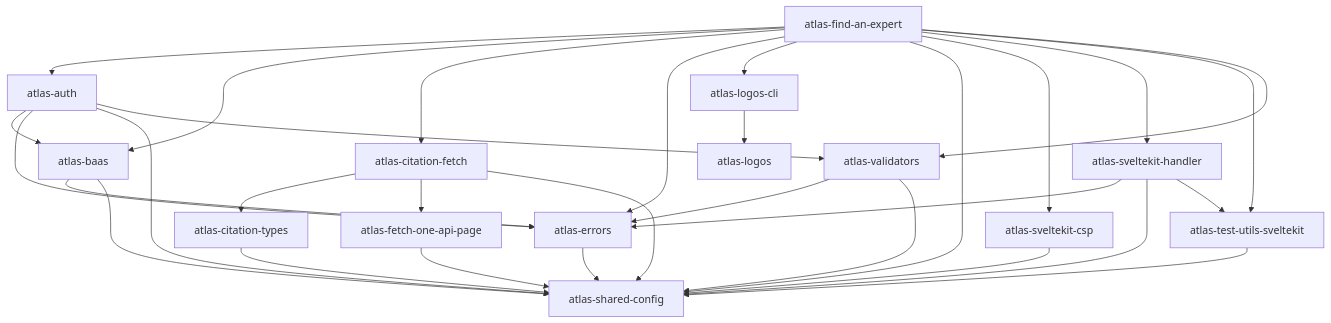
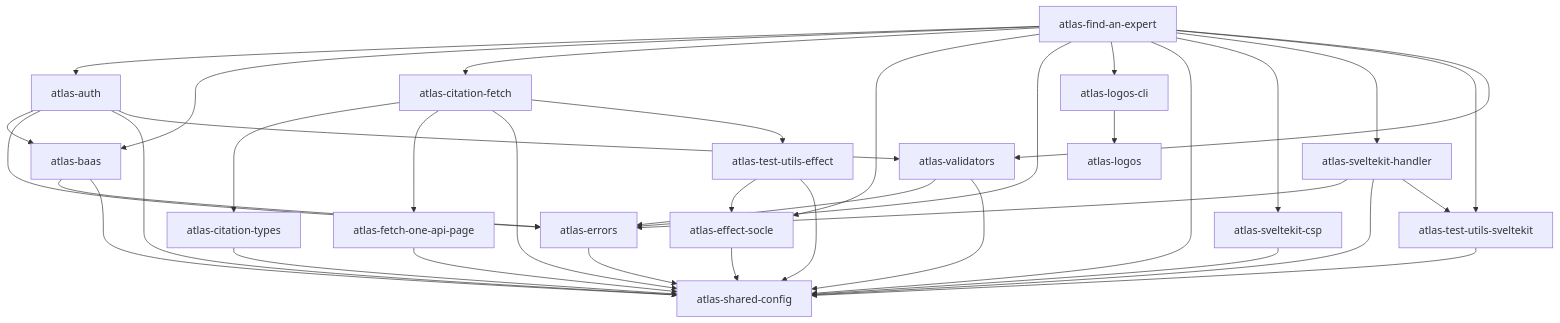
Before and after one commit to univ-lehavre/atlas: the fifth of 19 diagrams in docs/src/content/docs/architecture/packages.md, drawn with Mermaid. The commit also changed other lines of this file and 139 other files, not shown here.

First line of the commit message:
feat: socle Effect — résorption complète (E1–E14) (#348)

````diff
--- a/docs/src/content/docs/architecture/packages.md
+++ b/docs/src/content/docs/architecture/packages.md
@@ -287,47 +289,54 @@
 ```mermaid
 flowchart TD
   _univ_lehavre_atlas_auth["atlas-auth"]
   _univ_lehavre_atlas_baas["atlas-baas"]
   _univ_lehavre_atlas_citation_fetch["atlas-citation-fetch"]
   _univ_lehavre_atlas_citation_types["atlas-citation-types"]
+  _univ_lehavre_atlas_effect_socle["atlas-effect-socle"]
   _univ_lehavre_atlas_errors["atlas-errors"]
   _univ_lehavre_atlas_fetch_one_api_page["atlas-fetch-one-api-page"]
   _univ_lehavre_atlas_find_an_expert["atlas-find-an-expert"]
   _univ_lehavre_atlas_logos["atlas-logos"]
   _univ_lehavre_atlas_logos_cli["atlas-logos-cli"]
   _univ_lehavre_atlas_shared_config["atlas-shared-config"]
   _univ_lehavre_atlas_sveltekit_csp["atlas-sveltekit-csp"]
   _univ_lehavre_atlas_sveltekit_handler["atlas-sveltekit-handler"]
+  _univ_lehavre_atlas_test_utils_effect["atlas-test-utils-effect"]
   _univ_lehavre_atlas_test_utils_sveltekit["atlas-test-utils-sveltekit"]
   _univ_lehavre_atlas_validators["atlas-validators"]
   _univ_lehavre_atlas_auth --> _univ_lehavre_atlas_baas
   _univ_lehavre_atlas_auth --> _univ_lehavre_atlas_errors
   _univ_lehavre_atlas_auth --> _univ_lehavre_atlas_shared_config
   _univ_lehavre_atlas_auth --> _univ_lehavre_atlas_validators
   _univ_lehavre_atlas_baas --> _univ_lehavre_atlas_errors
   _univ_lehavre_atlas_baas --> _univ_lehavre_atlas_shared_config
   _univ_lehavre_atlas_citation_fetch --> _univ_lehavre_atlas_citation_types
   _univ_lehavre_atlas_citation_fetch --> _univ_lehavre_atlas_fetch_one_api_page
   _univ_lehavre_atlas_citation_fetch --> _univ_lehavre_atlas_shared_config
+  _univ_lehavre_atlas_citation_fetch --> _univ_lehavre_atlas_test_utils_effect
   _univ_lehavre_atlas_citation_types --> _univ_lehavre_atlas_shared_config
+  _univ_lehavre_atlas_effect_socle --> _univ_lehavre_atlas_shared_config
   _univ_lehavre_atlas_errors --> _univ_lehavre_atlas_shared_config
   _univ_lehavre_atlas_fetch_one_api_page --> _univ_lehavre_atlas_shared_config
   _univ_lehavre_atlas_find_an_expert --> _univ_lehavre_atlas_auth
   _univ_lehavre_atlas_find_an_expert --> _univ_lehavre_atlas_baas
   _univ_lehavre_atlas_find_an_expert --> _univ_lehavre_atlas_citation_fetch
+  _univ_lehavre_atlas_find_an_expert --> _univ_lehavre_atlas_effect_socle
   _univ_lehavre_atlas_find_an_expert --> _univ_lehavre_atlas_errors
   _univ_lehavre_atlas_find_an_expert --> _univ_lehavre_atlas_logos_cli
   _univ_lehavre_atlas_find_an_expert --> _univ_lehavre_atlas_shared_config
   _univ_lehavre_atlas_find_an_expert --> _univ_lehavre_atlas_sveltekit_csp
   _univ_lehavre_atlas_find_an_expert --> _univ_lehavre_atlas_sveltekit_handler
   _univ_lehavre_atlas_find_an_expert --> _univ_lehavre_atlas_test_utils_sveltekit
   _univ_lehavre_atlas_find_an_expert --> _univ_lehavre_atlas_validators
   _univ_lehavre_atlas_logos_cli --> _univ_lehavre_atlas_logos
   _univ_lehavre_atlas_sveltekit_csp --> _univ_lehavre_atlas_shared_config
   _univ_lehavre_atlas_sveltekit_handler --> _univ_lehavre_atlas_errors
   _univ_lehavre_atlas_sveltekit_handler --> _univ_lehavre_atlas_shared_config
   _univ_lehavre_atlas_sveltekit_handler --> _univ_lehavre_atlas_test_utils_sveltekit
+  _univ_lehavre_atlas_test_utils_effect --> _univ_lehavre_atlas_effect_socle
+  _univ_lehavre_atlas_test_utils_effect --> _univ_lehavre_atlas_shared_config
   _univ_lehavre_atlas_test_utils_sveltekit --> _univ_lehavre_atlas_shared_config
   _univ_lehavre_atlas_validators --> _univ_lehavre_atlas_errors
   _univ_lehavre_atlas_validators --> _univ_lehavre_atlas_shared_config
 ```
````
